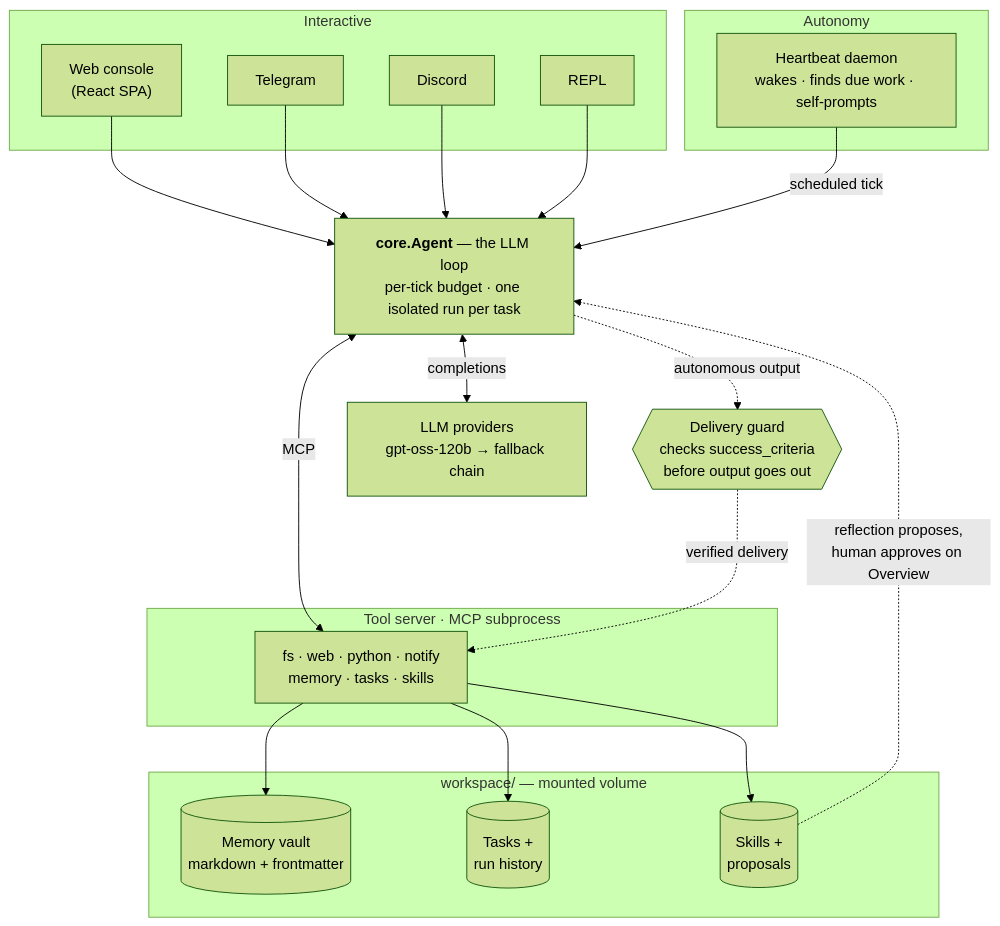
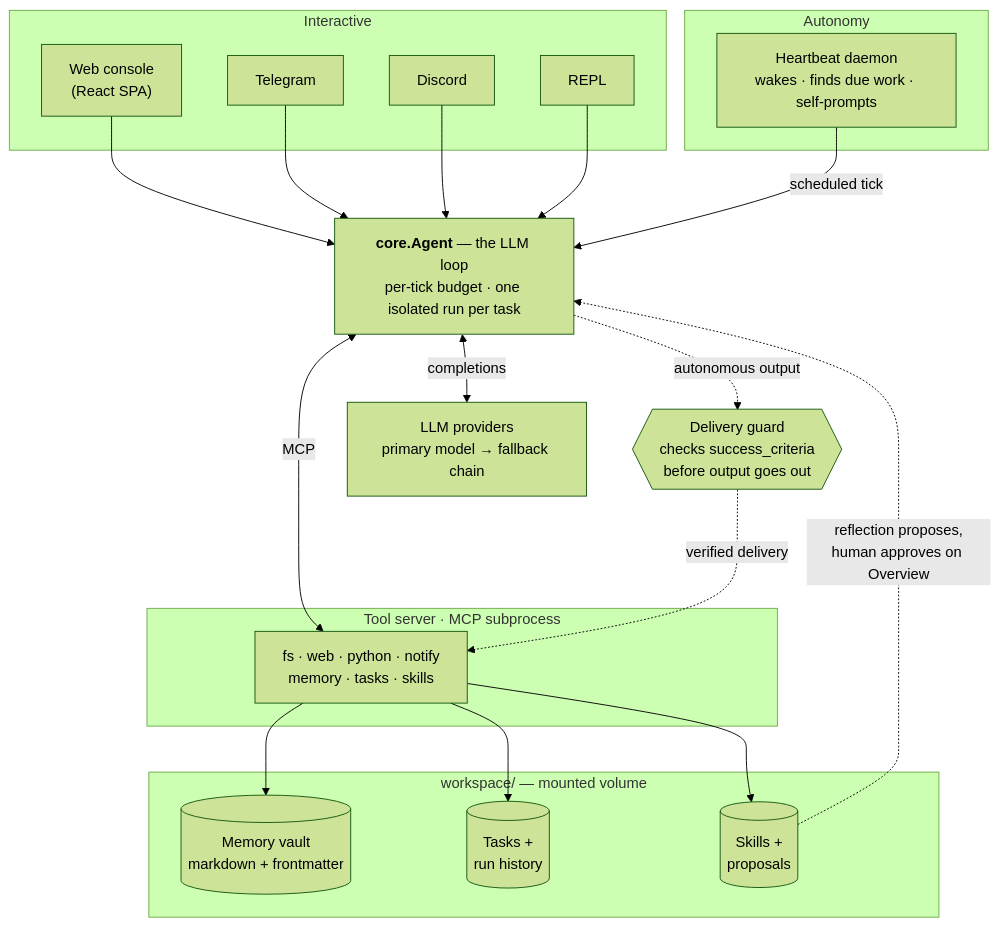
Before and after one commit to umanggarg28/homunculus: the diagram in README.md, drawn with Mermaid (forest theme). The commit also changed other lines of this file and 1 other file, not shown here.

First line of the commit message:
docs: sync README/ARCHITECTURE with the model swap and apply-assist

````diff
--- a/README.md
+++ b/README.md
@@ -63,40 +67,40 @@
 ```mermaid
 flowchart TB
     subgraph interactive["Interactive"]
         SPA["Web console<br/>(React SPA)"]
         TG["Telegram"]
         DC["Discord"]
         REPL["REPL"]
     end
     subgraph autonomy["Autonomy"]
         HB["Heartbeat daemon<br/>wakes · finds due work · self-prompts"]
     end
 
     AGENT["<b>core.Agent</b> — the LLM loop<br/>per-tick budget · one isolated run per task"]
     GUARD{{"Delivery guard<br/>checks success_criteria<br/>before output goes out"}}
-    OR["LLM providers<br/>gpt-oss-120b → fallback chain"]
+    OR["LLM providers<br/>primary model → fallback chain"]
 
     subgraph proc["Tool server · MCP subprocess"]
         TOOLS["fs · web · python · notify<br/>memory · tasks · skills"]
     end
     subgraph vol["workspace/ — mounted volume"]
         MEM[("Memory vault<br/>markdown + frontmatter")]
         TASKS[("Tasks +<br/>run history")]
         SKILLS[("Skills +<br/>proposals")]
     end
 
     SPA --> AGENT
     TG --> AGENT
     DC --> AGENT
     REPL --> AGENT
     HB -->|scheduled tick| AGENT
 
     AGENT <-->|completions| OR
     AGENT <-->|MCP| TOOLS
     AGENT -.->|autonomous output| GUARD
     GUARD -.->|verified delivery| TOOLS
     TOOLS --> MEM
     TOOLS --> TASKS
     TOOLS --> SKILLS
     SKILLS -.->|reflection proposes,<br/>human approves on Overview| AGENT
 ```
````
